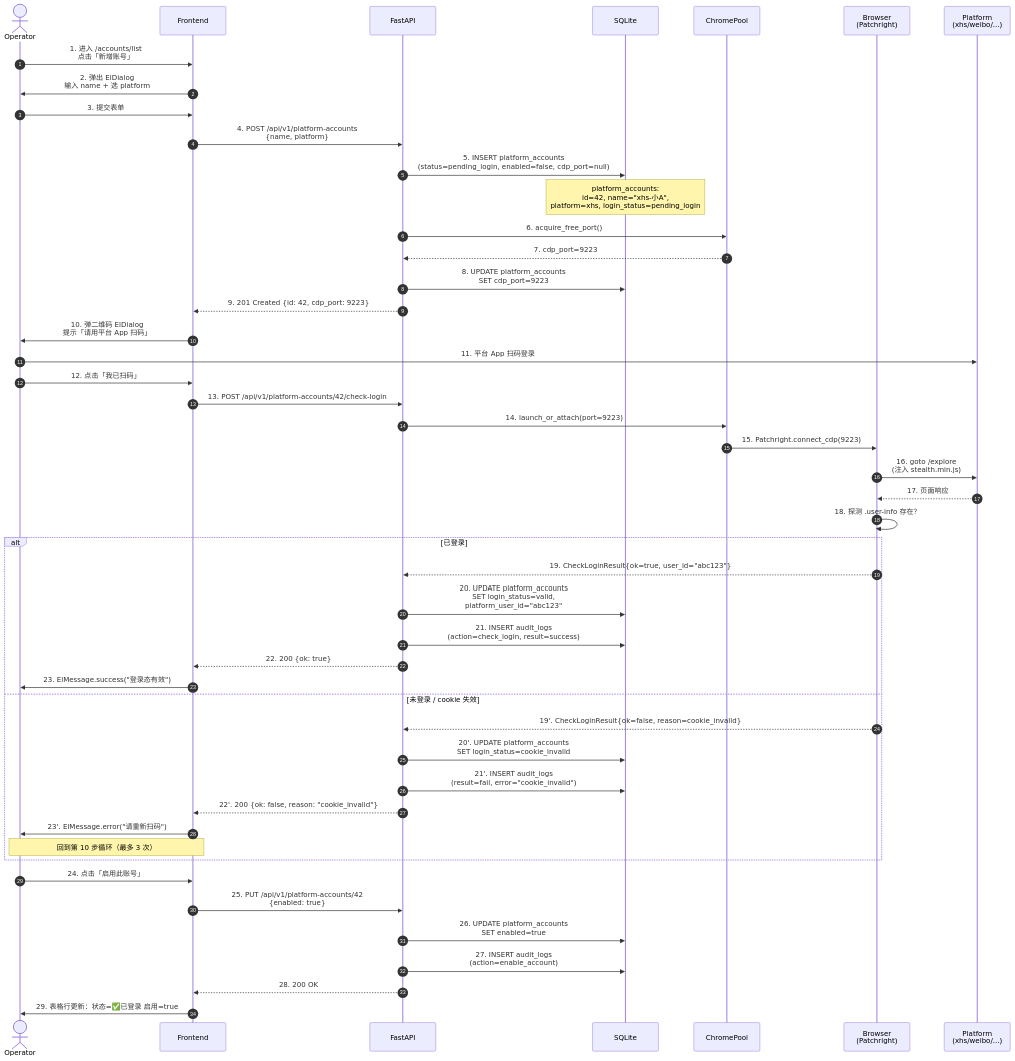
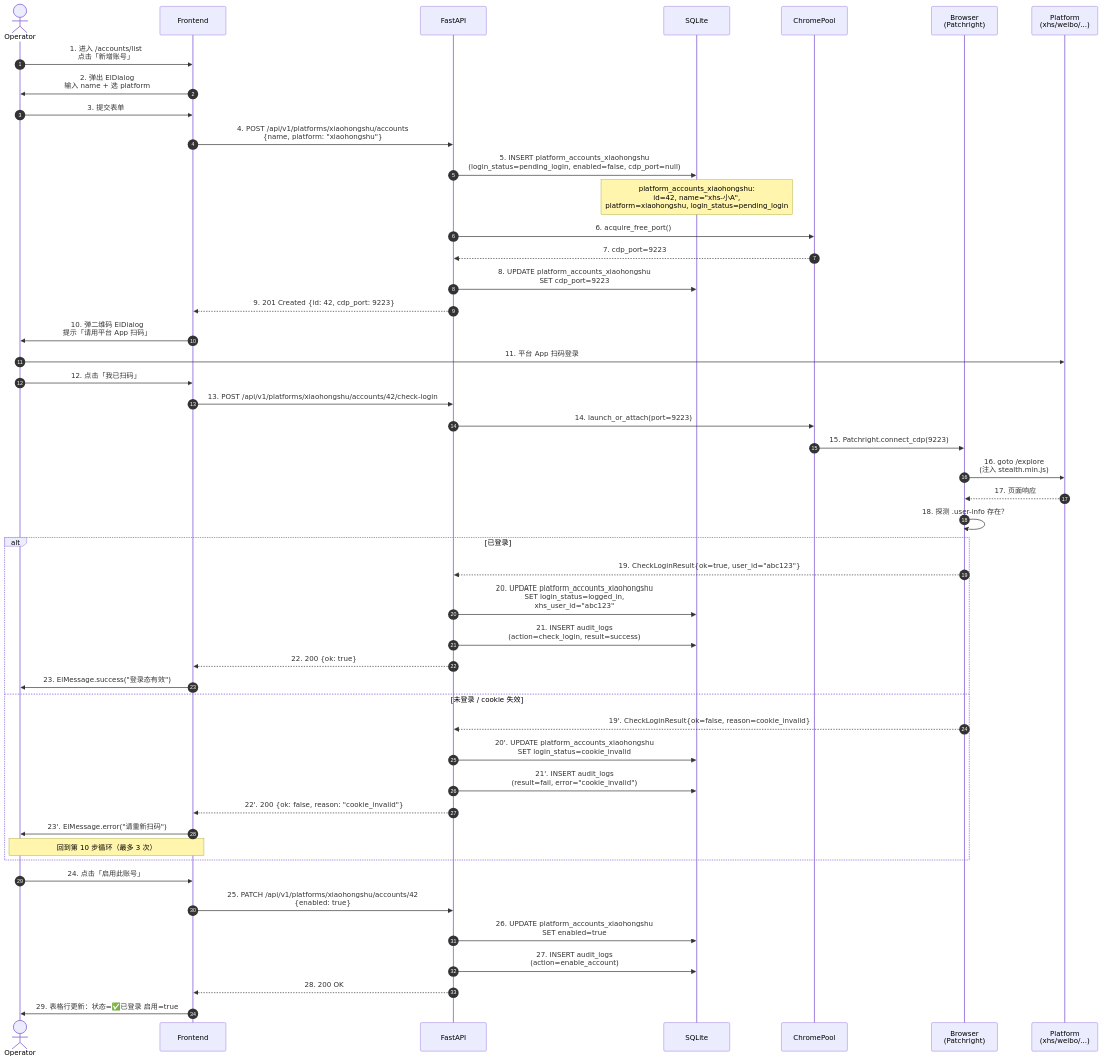
One commit to hyqskevin/media-manager changed the first of 7 diagrams in docs/08-business-flows.md. Above: the diagram before and after it, drawn with Mermaid. The commit also changed other lines of this file and 57 other files, not shown here.

````diff
--- a/docs/08-business-flows.md
+++ b/docs/08-business-flows.md
@@ -55,53 +67,53 @@
 ```mermaid
 sequenceDiagram
     autonumber
     actor Op as Operator
     participant FE as Frontend
     participant API as FastAPI
     participant DB as SQLite
     participant Pool as ChromePool
     participant Br as Browser<br/>(Patchright)
     participant Plat as Platform<br/>(xhs/weibo/...)
 
     Op->>FE: 1. 进入 /accounts/list<br/>点击「新增账号」
     FE->>Op: 2. 弹出 ElDialog<br/>输入 name + 选 platform
     Op->>FE: 3. 提交表单
-    FE->>API: 4. POST /api/v1/platform-accounts<br/>{name, platform}
-    API->>DB: 5. INSERT platform_accounts<br/>(status=pending_login, enabled=false, cdp_port=null)
-    Note over DB: platform_accounts:<br/>id=42, name="xhs-小A",<br/>platform=xhs, login_status=pending_login
+    FE->>API: 4. POST /api/v1/platforms/xiaohongshu/accounts<br/>{name, platform: "xiaohongshu"}
+    API->>DB: 5. INSERT platform_accounts_xiaohongshu<br/>(login_status=pending_login, enabled=false, cdp_port=null)
+    Note over DB: platform_accounts_xiaohongshu:<br/>id=42, name="xhs-小A",<br/>platform=xiaohongshu, login_status=pending_login
     API->>Pool: 6. acquire_free_port()
     Pool-->>API: 7. cdp_port=9223
-    API->>DB: 8. UPDATE platform_accounts<br/>SET cdp_port=9223
+    API->>DB: 8. UPDATE platform_accounts_xiaohongshu<br/>SET cdp_port=9223
     API-->>FE: 9. 201 Created {id: 42, cdp_port: 9223}
     FE->>Op: 10. 弹二维码 ElDialog<br/>提示「请用平台 App 扫码」
 
     Op->>Plat: 11. 平台 App 扫码登录
     Op->>FE: 12. 点击「我已扫码」
-    FE->>API: 13. POST /api/v1/platform-accounts/42/check-login
+    FE->>API: 13. POST /api/v1/platforms/xiaohongshu/accounts/42/check-login
     API->>Pool: 14. launch_or_attach(port=9223)
     Pool->>Br: 15. Patchright.connect_cdp(9223)
     Br->>Plat: 16. goto /explore<br/>(注入 stealth.min.js)
     Plat-->>Br: 17. 页面响应
     Br->>Br: 18. 探测 .user-info 存在？
     alt 已登录
         Br-->>API: 19. CheckLoginResult{ok=true, user_id="abc123"}
-        API->>DB: 20. UPDATE platform_accounts<br/>SET login_status=valid,<br/>platform_user_id="abc123"
+        API->>DB: 20. UPDATE platform_accounts_xiaohongshu<br/>SET login_status=logged_in,<br/>xhs_user_id="abc123"
         API->>DB: 21. INSERT audit_logs<br/>(action=check_login, result=success)
         API-->>FE: 22. 200 {ok: true}
         FE->>Op: 23. ElMessage.success("登录态有效")
     else 未登录 / cookie 失效
         Br-->>API: 19'. CheckLoginResult{ok=false, reason=cookie_invalid}
-        API->>DB: 20'. UPDATE platform_accounts<br/>SET login_status=cookie_invalid
+        API->>DB: 20'. UPDATE platform_accounts_xiaohongshu<br/>SET login_status=cookie_invalid
         API->>DB: 21'. INSERT audit_logs<br/>(result=fail, error="cookie_invalid")
         API-->>FE: 22'. 200 {ok: false, reason: "cookie_invalid"}
         FE->>Op: 23'. ElMessage.error("请重新扫码")
         Note over FE,Op: 回到第 10 步循环（最多 3 次）
     end
 
     Op->>FE: 24. 点击「启用此账号」
-    FE->>API: 25. PUT /api/v1/platform-accounts/42<br/>{enabled: true}
-    API->>DB: 26. UPDATE platform_accounts<br/>SET enabled=true
+    FE->>API: 25. PATCH /api/v1/platforms/xiaohongshu/accounts/42<br/>{enabled: true}
+    API->>DB: 26. UPDATE platform_accounts_xiaohongshu<br/>SET enabled=true
     API->>DB: 27. INSERT audit_logs<br/>(action=enable_account)
     API-->>FE: 28. 200 OK
     FE->>Op: 29. 表格行更新：状态=✅已登录 启用=true
 ```
````
